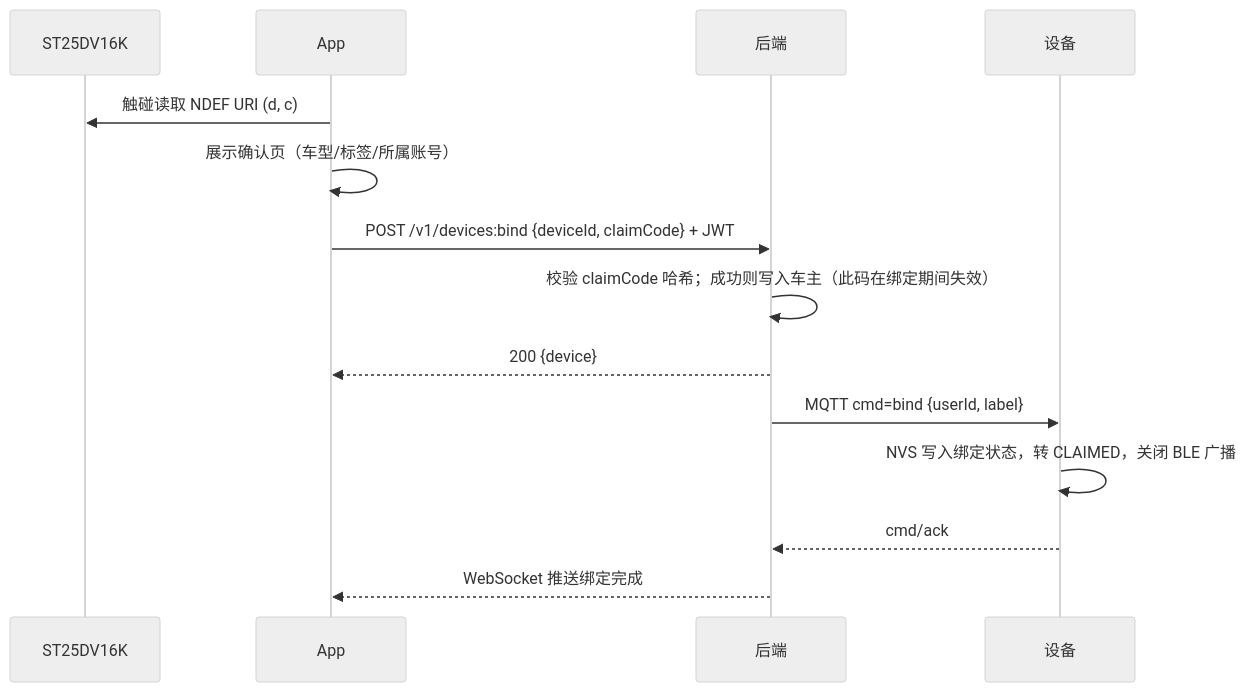
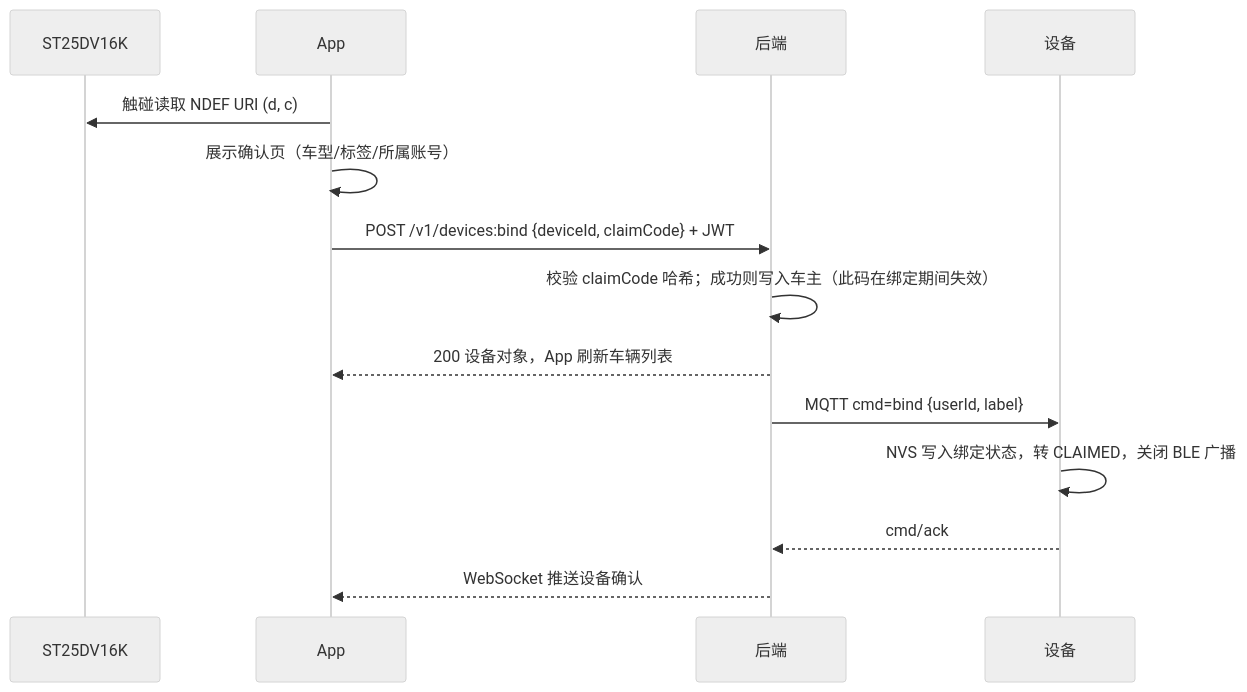
Before and after one commit to bycicle-locating/bycicle-locating: the first of 2 diagrams in docs/pairing.md, drawn with Mermaid (neutral theme). The commit also changed other lines of this file and 8 other files, not shown here.

````diff
--- a/docs/pairing.md
+++ b/docs/pairing.md
@@ -49,16 +51,16 @@
 ```mermaid
 sequenceDiagram
   participant T as ST25DV16K
   participant A as App
   participant B as 后端
   participant D as 设备
   A->>T: 触碰读取 NDEF URI (d, c)
   A->>A: 展示确认页（车型/标签/所属账号）
   A->>B: POST /v1/devices:bind {deviceId, claimCode} + JWT
   B->>B: 校验 claimCode 哈希；成功则写入车主（此码在绑定期间失效）
-  B-->>A: 200 {device}
+  B-->>A: 200 设备对象，App 刷新车辆列表
   B->>D: MQTT cmd=bind {userId, label}
   D->>D: NVS 写入绑定状态，转 CLAIMED，关闭 BLE 广播
   D-->>B: cmd/ack
-  B-->>A: WebSocket 推送绑定完成
+  B-->>A: WebSocket 推送设备确认
 ```
````
